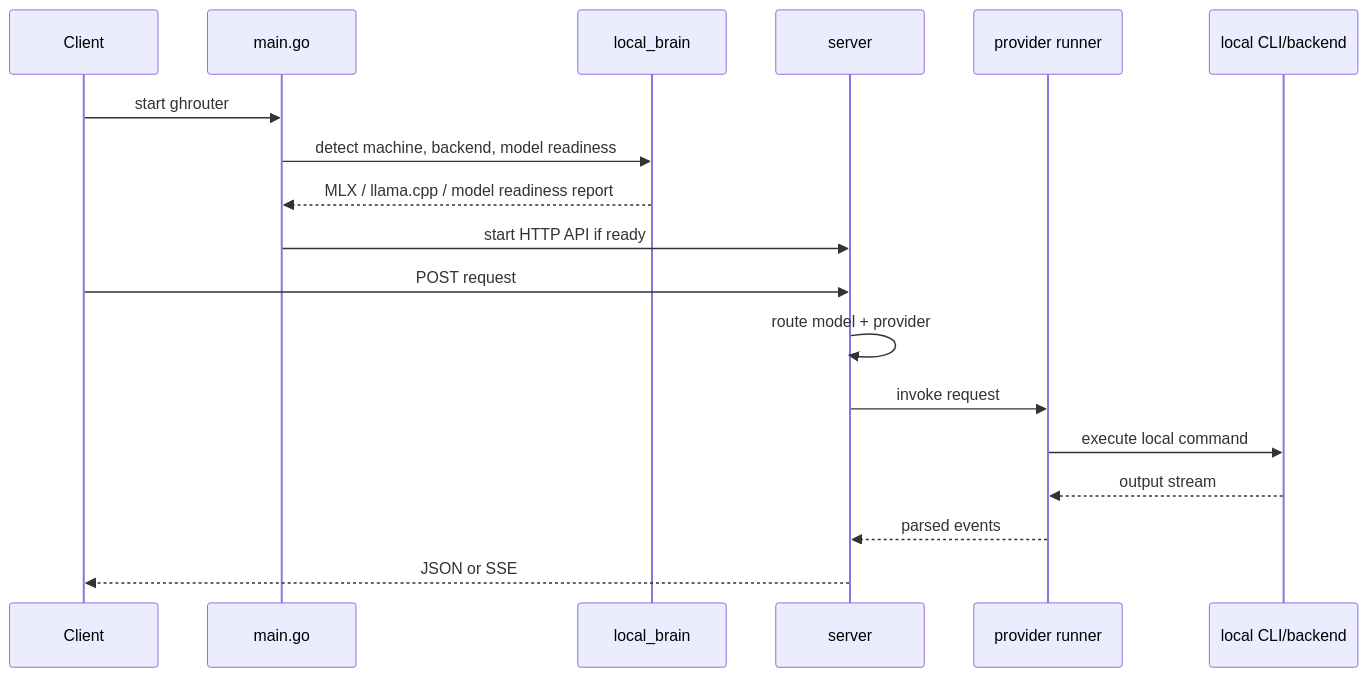
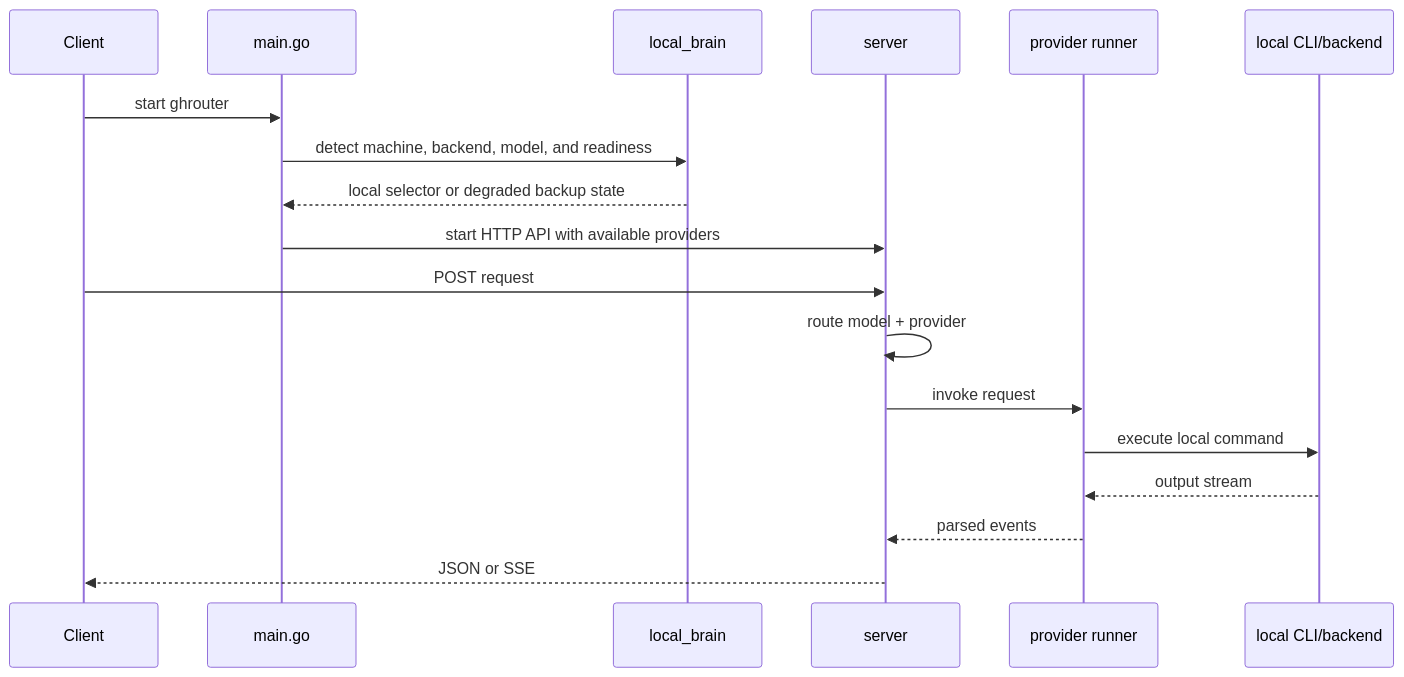
The second of 2 diagrams in README.md (jcafeitosa/ghrouter), drawn with Mermaid before and after one commit. The commit also changed other lines of this file and 20 other files, not shown here.

````diff
--- a/README.md
+++ b/README.md
@@ -43,21 +45,21 @@
 ```mermaid
 sequenceDiagram
     participant Client as Client
     participant Main as main.go
     participant Brain as local_brain
     participant Server as server
     participant Provider as provider runner
     participant CLI as local CLI/backend
 
     Client->>Main: start ghrouter
-    Main->>Brain: detect machine, backend, model readiness
-    Brain-->>Main: MLX / llama.cpp / model readiness report
-    Main->>Server: start HTTP API if ready
+    Main->>Brain: detect machine, backend, model, and readiness
+    Brain-->>Main: local selector or degraded backup state
+    Main->>Server: start HTTP API with available providers
     Client->>Server: POST request
     Server->>Server: route model + provider
     Server->>Provider: invoke request
     Provider->>CLI: execute local command
     CLI-->>Provider: output stream
     Provider-->>Server: parsed events
     Server-->>Client: JSON or SSE
 ```
````
